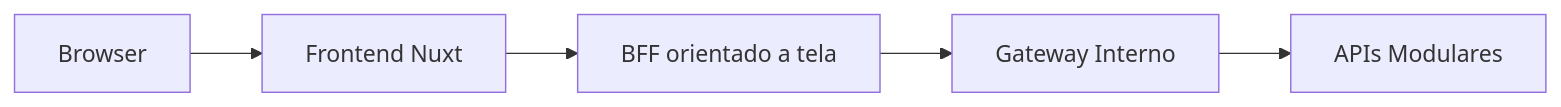
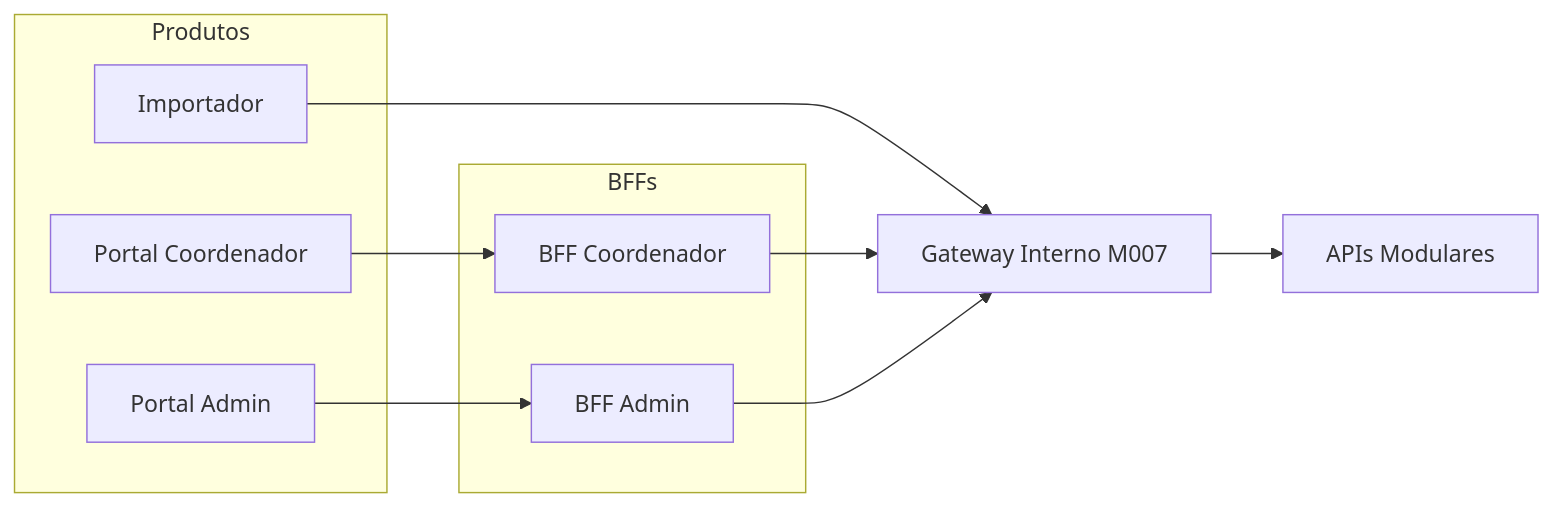
The second of 2 diagrams in docs/architecture/02-modulos-e-integracoes.md (Czzped/conecta-fapes-teste), drawn with Mermaid before and after one commit. The commit also changed other lines of this file and 178 other files, not shown here.

````diff
--- a/docs/architecture/02-modulos-e-integracoes.md
+++ b/docs/architecture/02-modulos-e-integracoes.md
@@ -91,7 +91,21 @@
 ```mermaid
 graph LR
-    U[Browser] --> FE[Frontend Nuxt]
-    FE --> BFF[BFF orientado a tela]
-    BFF --> IGW[Gateway Interno]
+    subgraph Produtos
+        PC[Portal Coordenador]
+        PA[Portal Admin]
+        IMP[Importador]
+    end
+
+    subgraph BFFs
+        BFFC[BFF Coordenador]
+        BFFA[BFF Admin]
+    end
+
+    PC --> BFFC
+    PA --> BFFA
+    IMP --> IGW
+
+    BFFC --> IGW[Gateway Interno M007]
+    BFFA --> IGW
     IGW --> API[APIs Modulares]
 ```
````
